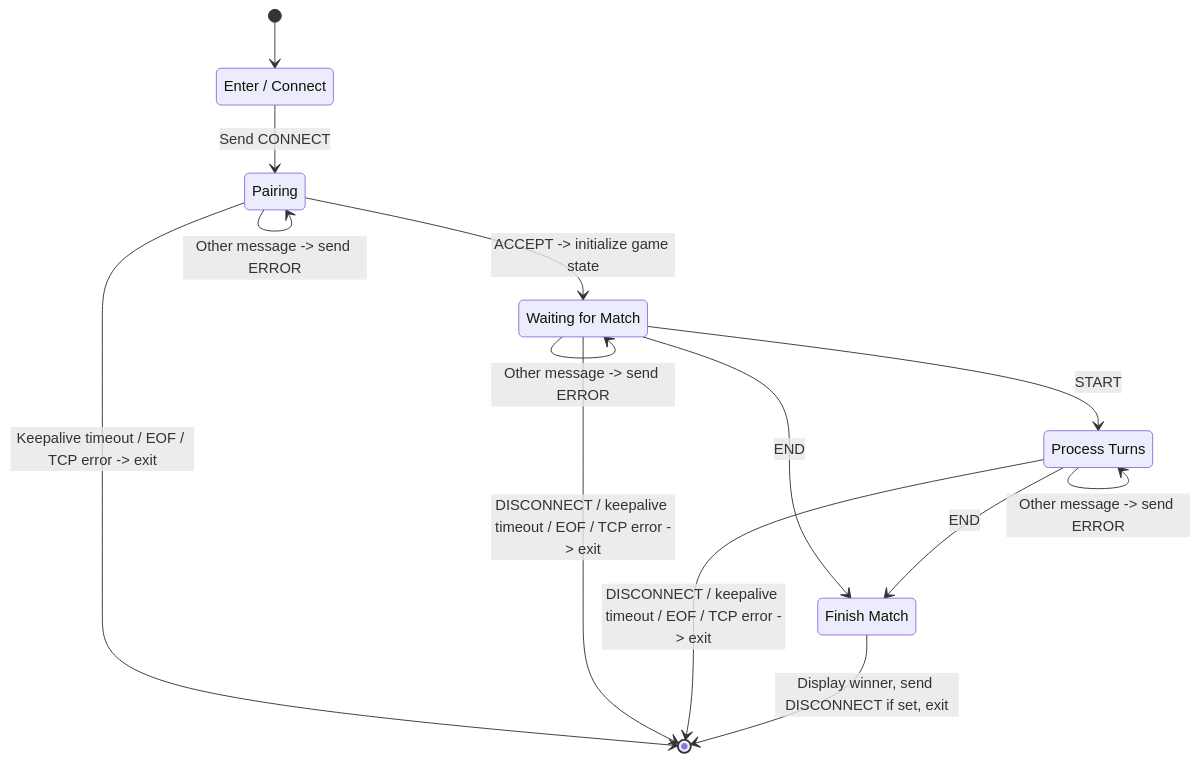
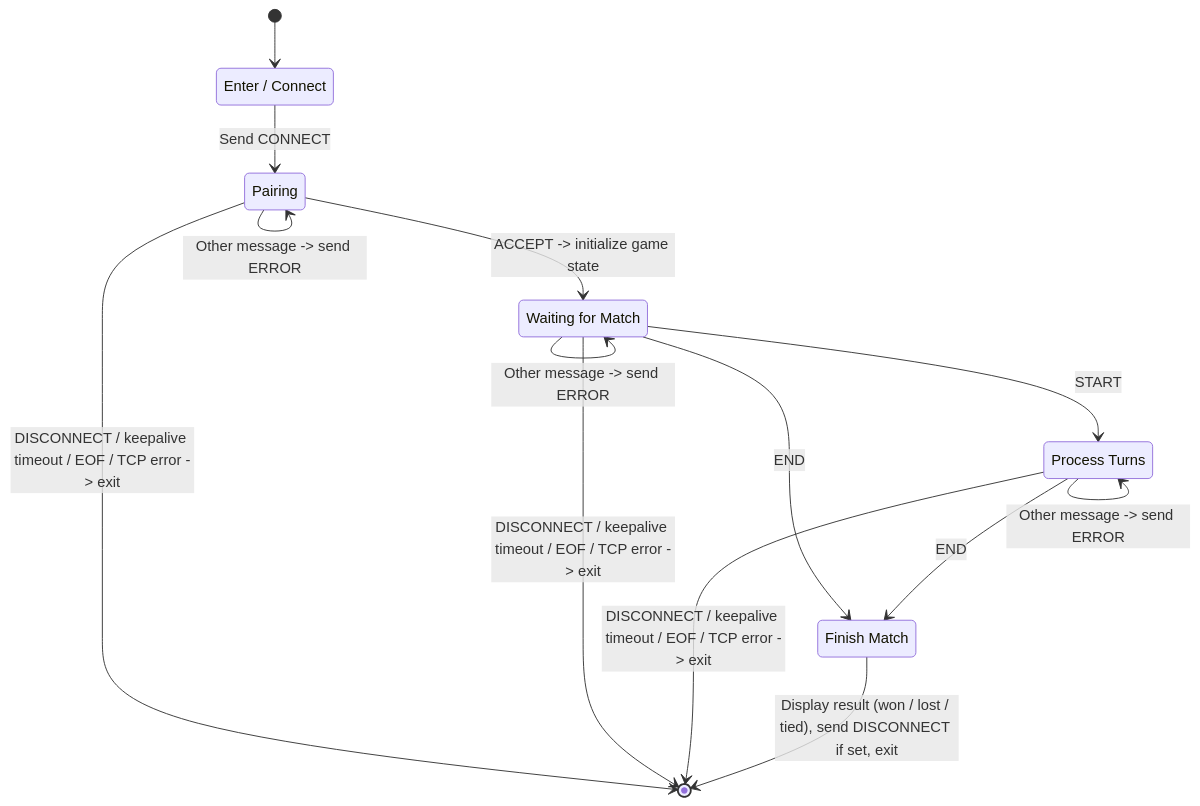
Before and after one commit to ASTNTN/Network: the second of 2 diagrams in docs/fsm_specification.md, drawn with Mermaid. The commit also changed other lines of this file and 3 other files, not shown here.

````diff
--- a/docs/fsm_specification.md
+++ b/docs/fsm_specification.md
@@ -199,41 +235,45 @@
 ```mermaid
 stateDiagram-v2
 	direction TB
 
 	[*] --> ENTER
 
 	state "Enter / Connect" as ENTER
 	state "Pairing" as PAIR
 	state "Waiting for Match" as WAIT
 	state "Process Turns" as TURN
 	state "Finish Match" as FINISH
 
 	%% ENTER
 	ENTER --> PAIR : Send CONNECT
 
 	%% PAIR
+	PAIR --> PAIR : tick -> send KEEPALIVE
 	PAIR --> WAIT : ACCEPT -> initialize game state
+	PAIR --> PAIR : KEEPALIVE -> reset keepalive timer
+	PAIR --> PAIR : ERROR -> warn user
 	PAIR --> PAIR : Other message -> send ERROR
-	PAIR --> [*] : Keepalive timeout / EOF / TCP error -> exit
+	PAIR --> [*] : DISCONNECT / keepalive timeout / EOF / TCP error -> exit
 
 	%% WAIT
 	WAIT --> WAIT : tick -> send KEEPALIVE
 	WAIT --> TURN : START
 	WAIT --> FINISH : END
 	WAIT --> WAIT : KEEPALIVE -> reset keepalive timer
+	WAIT --> WAIT : ERROR -> warn user
 	WAIT --> WAIT : Other message -> send ERROR
 	WAIT --> [*] : DISCONNECT / keepalive timeout / EOF / TCP error -> exit
 
 	%% TURN
 	TURN --> TURN : tick -> send KEEPALIVE
 	TURN --> TURN : GO -> prompt user, send MOVE
 	TURN --> TURN : ERROR -> warn user
 	TURN --> TURN : UPDATE -> update game state
 	TURN --> TURN : KEEPALIVE -> reset keepalive timer
 	TURN --> FINISH : END
 	TURN --> TURN : Other message -> send ERROR
 	TURN --> [*] : DISCONNECT / keepalive timeout / EOF / TCP error -> exit
 
 	%% FINISH
-	FINISH --> [*] : Display winner, send DISCONNECT if set, exit
+	FINISH --> [*] : Display result (won / lost / tied), send DISCONNECT if set, exit
 ```
````
